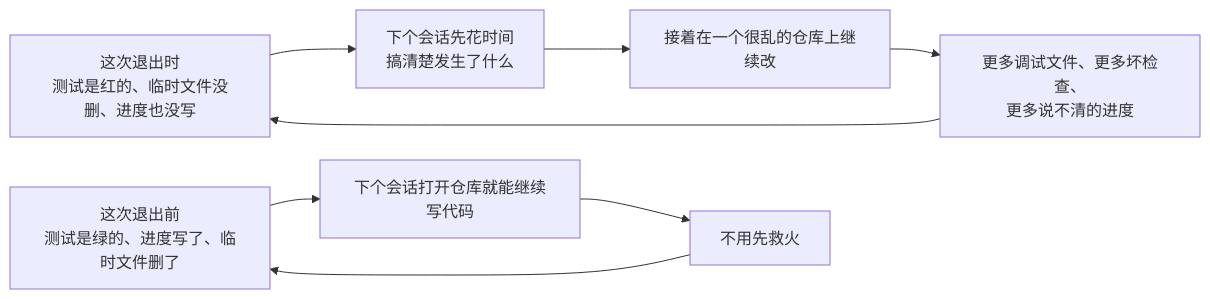
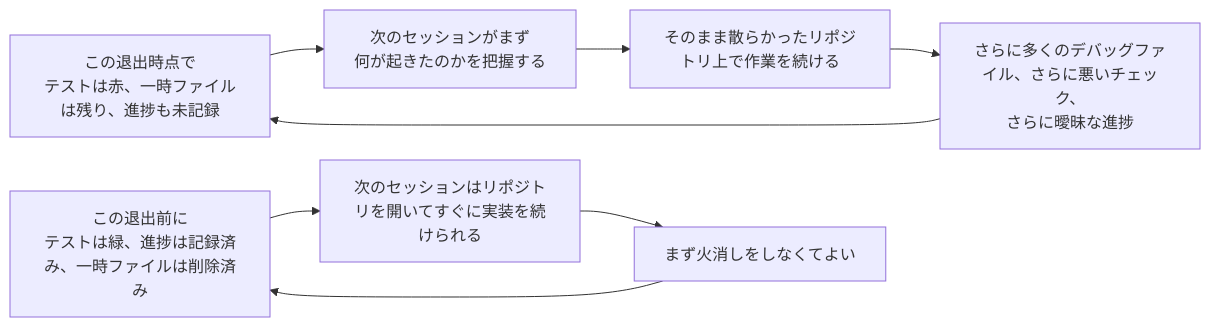
Before and after one commit to mkusaka/learn-harness-engineering: the second of 2 diagrams in docs/zh/lectures/lecture-12-why-every-session-must-leave-a-clean-state/index.md, drawn with Mermaid. The commit also changed other lines of this file and 571 other files, not shown here.

````diff
--- a/docs/zh/lectures/lecture-12-why-every-session-must-leave-a-clean-state/index.md
+++ b/docs/zh/lectures/lecture-12-why-every-session-must-leave-a-clean-state/index.md
@@ -50,11 +50,11 @@
 ```mermaid
 flowchart LR
-    Dirty["这次退出时<br/>测试是红的、临时文件没删、进度也没写"] --> Diagnose["下个会话先花时间<br/>搞清楚发生了什么"]
-    Diagnose --> Fragile["接着在一个很乱的仓库上继续改"]
-    Fragile --> More["更多调试文件、更多坏检查、<br/>更多说不清的进度"]
+    Dirty["この退出時点で<br/>テストは赤、一時ファイルは残り、進捗も未記録"] --> Diagnose["次のセッションがまず<br/>何が起きたのかを把握する"]
+    Diagnose --> Fragile["そのまま散らかったリポジトリ上で作業を続ける"]
+    Fragile --> More["さらに多くのデバッグファイル、さらに悪いチェック、<br/>さらに曖昧な進捗"]
     More --> Dirty
 
-    Clean["这次退出前<br/>测试是绿的、进度写了、临时文件删了"] --> Fast["下个会话打开仓库就能继续写代码"]
-    Fast --> Stable["不用先救火"]
+    Clean["この退出前に<br/>テストは緑、進捗は記録済み、一時ファイルは削除済み"] --> Fast["次のセッションはリポジトリを開いてすぐに実装を続けられる"]
+    Fast --> Stable["まず火消しをしなくてよい"]
     Stable --> Clean
 ```
````
